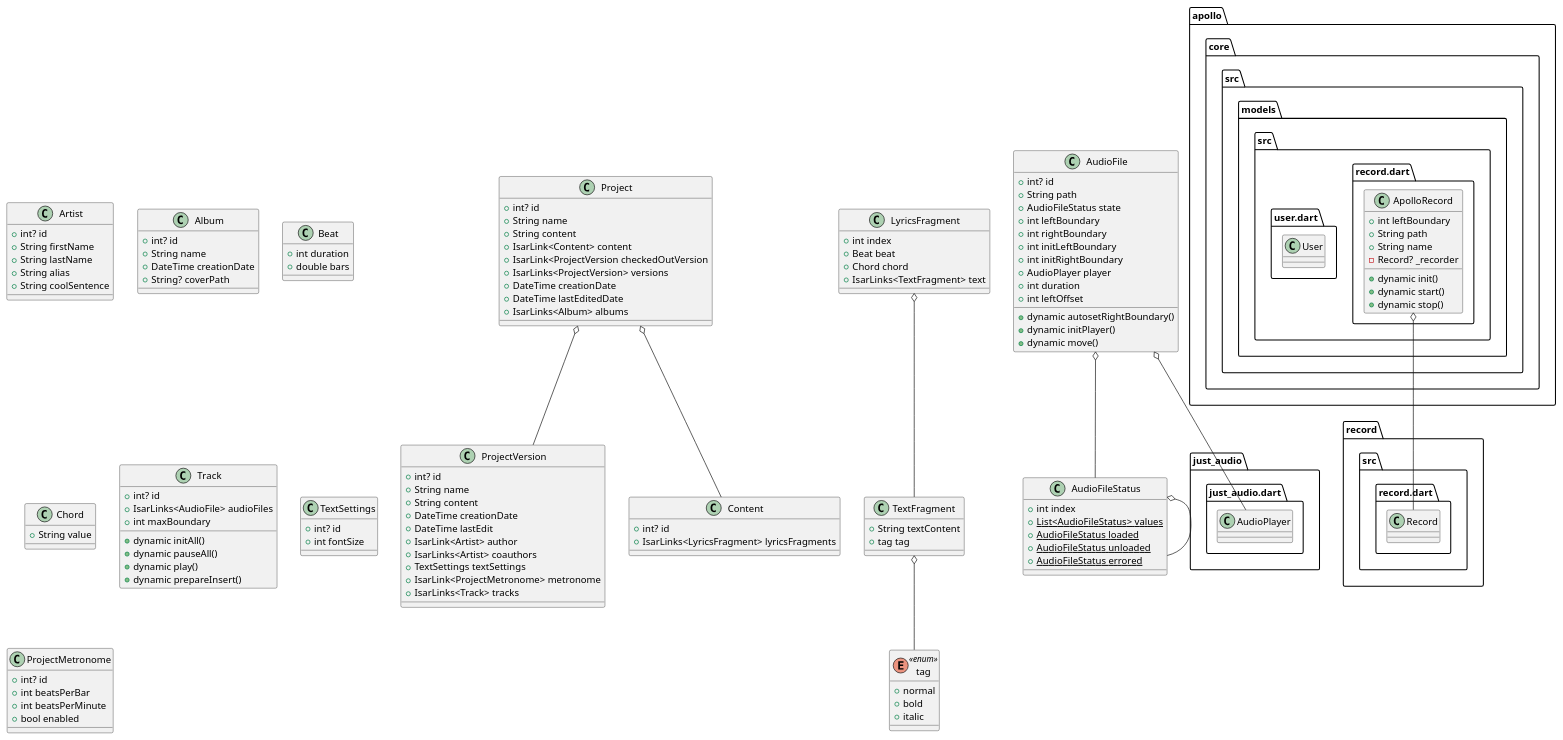
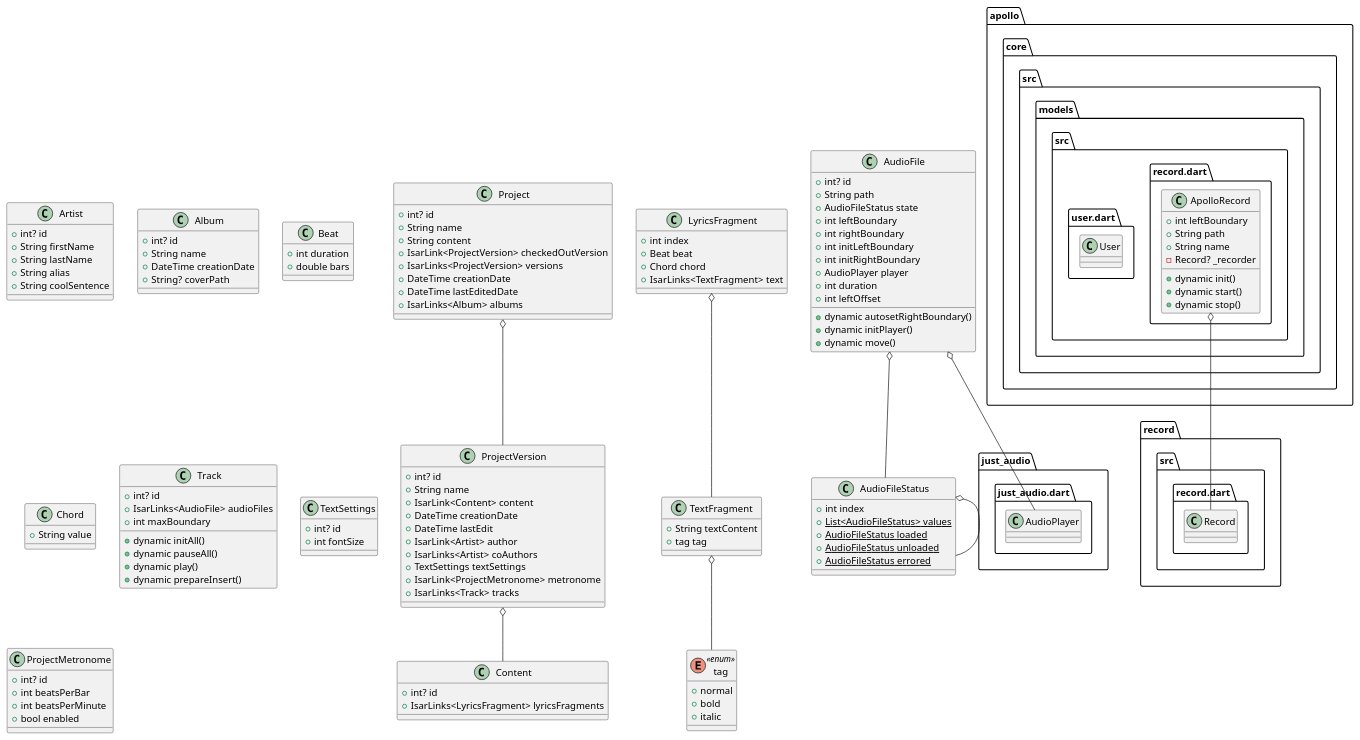
The diagram in CODE_ARCHITECTURE.md (JsonLinesCode/apollo_lyrics_format), drawn with PlantUML before and after one commit.

Commit message:
:pencil2: Fixes on content ownership and some values

```diff
--- a/CODE_ARCHITECTURE.md
+++ b/CODE_ARCHITECTURE.md
@@ -20,11 +20,11 @@
 class "ProjectVersion" {
   +int? id
   +String name
-  +String content
+  +IsarLink<Content> content
   +DateTime creationDate
   +DateTime lastEdit
   +IsarLink<Artist> author
-  +IsarLinks<Artist> coauthors
+  +IsarLinks<Artist> coAuthors
   +TextSettings textSettings
   +IsarLink<ProjectMetronome> metronome
   +IsarLinks<Track> tracks
@@ -32,14 +32,13 @@
 
 
 "Project" o-- "ProjectVersion"
-"Project" o-- "Content"
+"ProjectVersion" o-- "Content"
 
 class "Project" {
   +int? id
   +String name
   +String content
-  +IsarLink<Content> content
-  +IsarLink<ProjectVersion checkedOutVersion
+  +IsarLink<ProjectVersion> checkedOutVersion
   +IsarLinks<ProjectVersion> versions
   +DateTime creationDate
   +DateTime lastEditedDate
```
